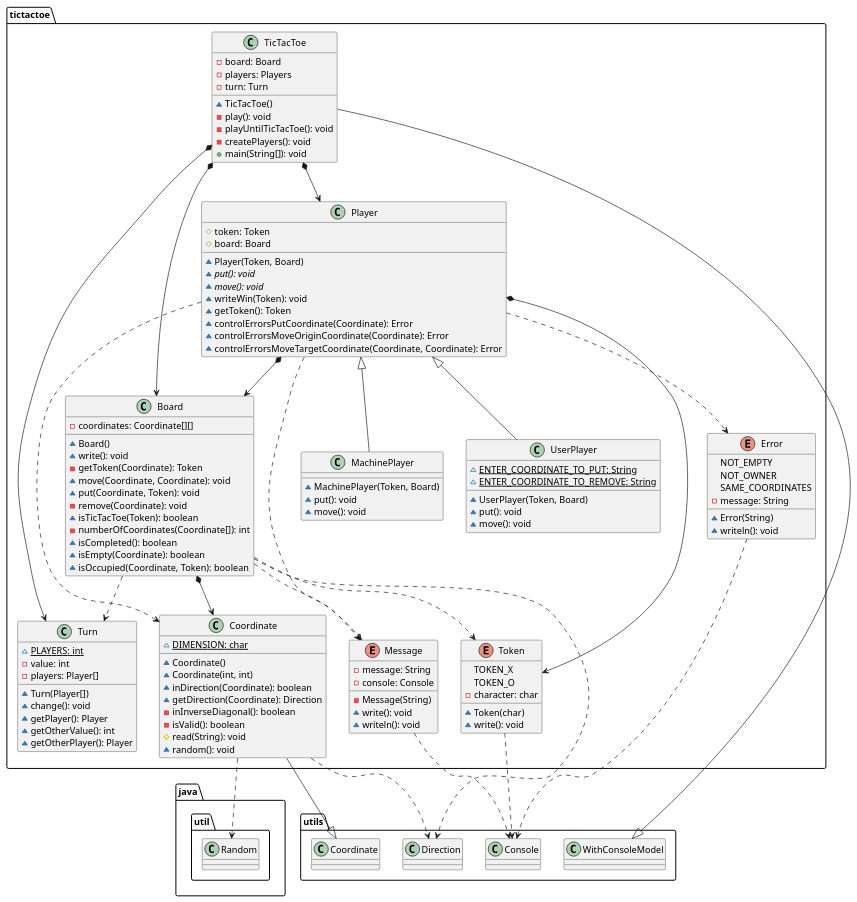
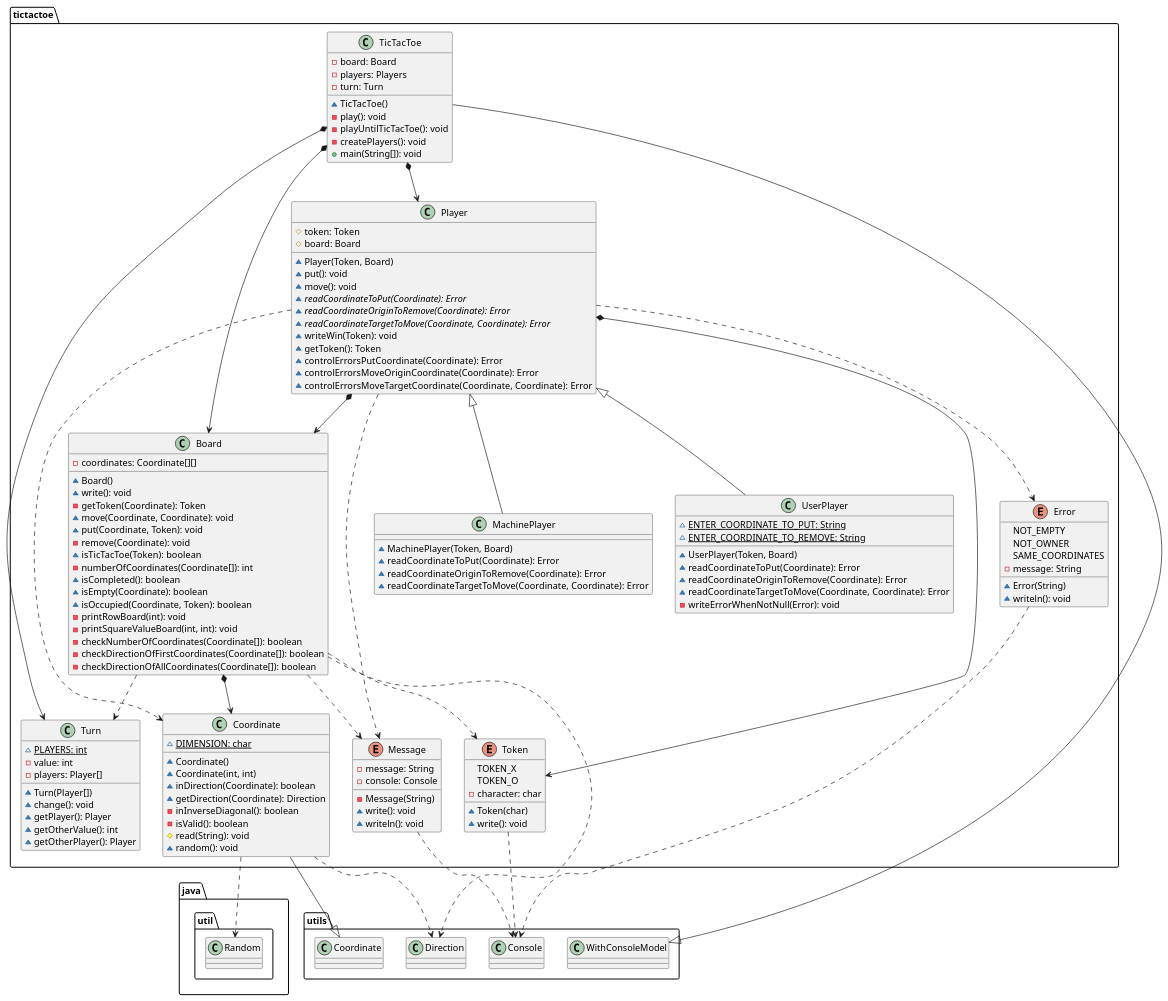
One commit to x-USantaTecla-game-ticTacToe/java changed the second of 4 diagrams in docs/src/docs/asciidoc/index.adoc. Above: the diagram before and after it, drawn with PlantUML. The commit also changed other lines of this file, not shown here.

Commit message:
Update docs with the refactors

```diff
--- a/docs/src/docs/asciidoc/index.adoc
+++ b/docs/src/docs/asciidoc/index.adoc
@@ -63,6 +63,11 @@
 ~ isCompleted(): boolean
 ~ isEmpty(Coordinate): boolean
 ~ isOccupied(Coordinate, Token): boolean
+- printRowBoard(int): void
+- printSquareValueBoard(int, int): void
+- checkNumberOfCoordinates(Coordinate[]): boolean
+- checkDirectionOfFirstCoordinates(Coordinate[]): boolean
+- checkDirectionOfAllCoordinates(Coordinate[]): boolean
 }
 tictactoe.Board *-down-> tictactoe.Coordinate
 tictactoe.Board ..> tictactoe.Token
@@ -97,8 +102,9 @@
 
 class  tictactoe.MachinePlayer{
 ~ MachinePlayer(Token, Board)
-~ put(): void
-~ move(): void
+~ readCoordinateToPut(Coordinate): Error
+~ readCoordinateOriginToRemove(Coordinate): Error
+~ readCoordinateTargetToMove(Coordinate, Coordinate): Error
 }
 tictactoe.Player <|-down- tictactoe.MachinePlayer
 
@@ -115,8 +121,11 @@
 # token: Token
 # board: Board
 ~ Player(Token, Board)
-~ {abstract} put(): void
-~ {abstract} move(): void
+~ put(): void
+~ move(): void
+~ {abstract} readCoordinateToPut(Coordinate): Error
+~ {abstract} readCoordinateOriginToRemove(Coordinate): Error
+~ {abstract} readCoordinateTargetToMove(Coordinate, Coordinate): Error
 ~ writeWin(Token): void
 ~ getToken(): Token
 ~ controlErrorsPutCoordinate(Coordinate): Error
@@ -168,8 +177,10 @@
 ~ {static} ENTER_COORDINATE_TO_PUT: String
 ~ {static} ENTER_COORDINATE_TO_REMOVE: String
 ~ UserPlayer(Token, Board)
-~ put(): void
-~ move(): void
+~ readCoordinateToPut(Coordinate): Error
+~ readCoordinateOriginToRemove(Coordinate): Error
+~ readCoordinateTargetToMove(Coordinate, Coordinate): Error
+- writeErrorWhenNotNull(Error): void
 }
 tictactoe.Player <|-down- tictactoe.UserPlayer
 
```
